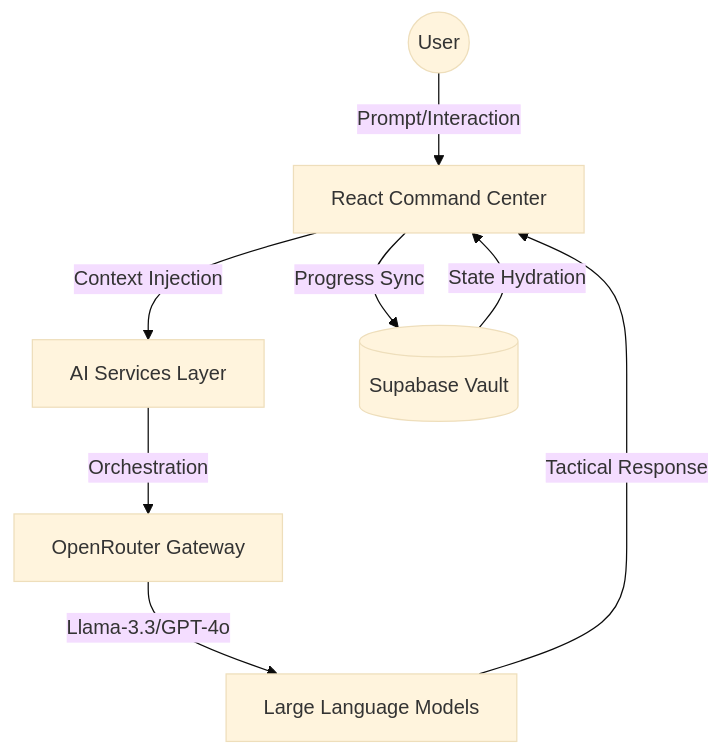
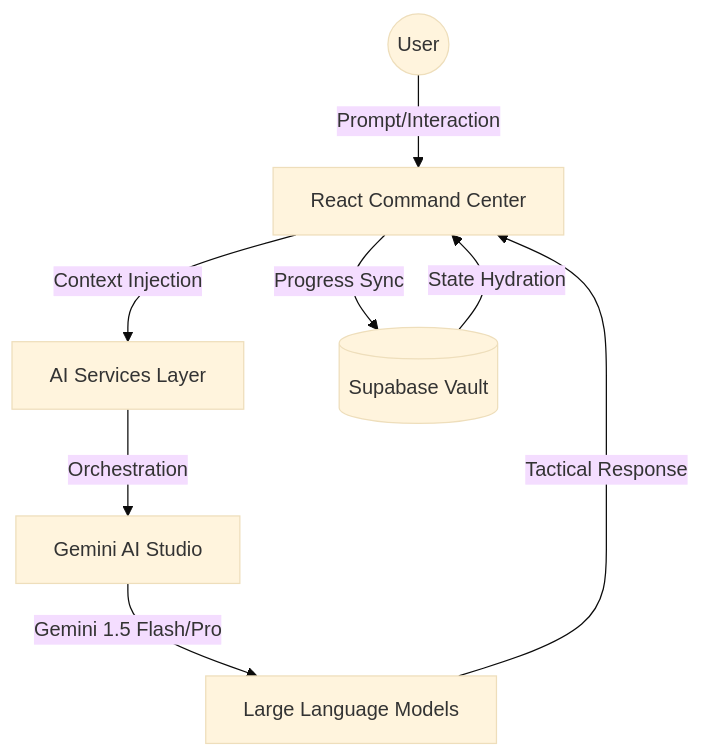
Before and after one commit to nandanpatkar/GenAIAcademy: the diagram in README.md, drawn with Mermaid (base theme). The commit also changed other lines of this file and 18 other files, not shown here.

````diff
--- a/README.md
+++ b/README.md
@@ -23,10 +23,10 @@
 ```mermaid
 graph TD
     User((User)) -->|Prompt/Interaction| UI[React Command Center]
     UI -->|Context Injection| AI[AI Services Layer]
-    AI -->|Orchestration| OR[OpenRouter Gateway]
-    OR -->|Llama-3.3/GPT-4o| LLM[Large Language Models]
+    AI -->|Orchestration| GEM[Gemini AI Studio]
+    GEM -->|Gemini 1.5 Flash/Pro| LLM[Large Language Models]
     LLM -->|Tactical Response| UI
     UI -->|Progress Sync| DB[(Supabase Vault)]
     DB -->|State Hydration| UI
 ```
````
